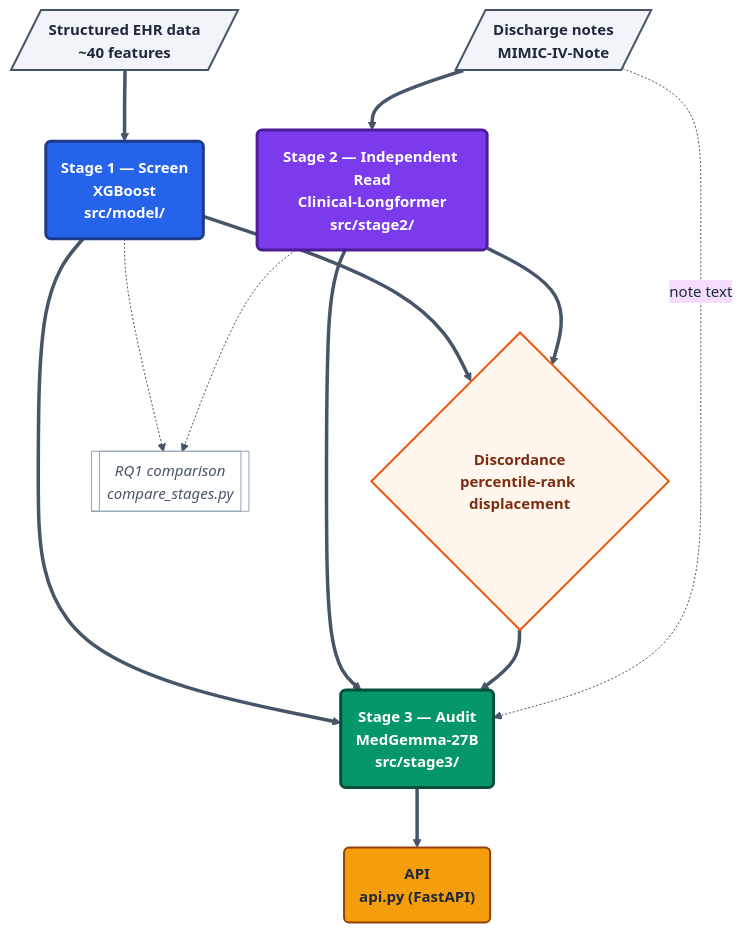
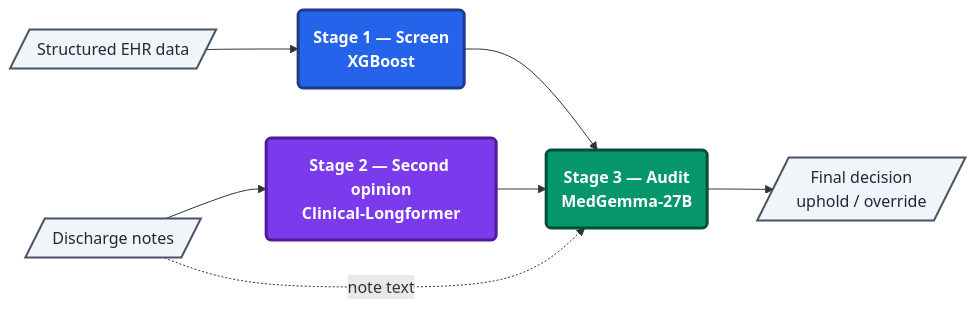
Before and after one commit to ThesisNovaSBE/three-layer-readmission-audit: the diagram in README.md, drawn with Mermaid. The commit also changed other lines of this file and 1 other file, not shown here.

First line of the commit message:
docs(readme): separate research logic from pipeline diagram; fix validation SLURM script

````diff
--- a/README.md
+++ b/README.md
@@ -25,38 +231,14 @@
 ```mermaid
-%%{init: {"theme": "base", "themeVariables": {"fontFamily": "Georgia, \"Times New Roman\", serif", "fontSize": "15px", "lineColor": "#475569", "primaryTextColor": "#1e293b"}, "flowchart": {"nodeSpacing": 45, "rankSpacing": 60, "curve": "basis"}}}%%
-flowchart TD
-    STRUCT[/"Structured EHR data<br/>~40 features"/]:::input
-    NOTE[/"Discharge notes<br/>MIMIC-IV-Note"/]:::input
+flowchart LR
+    STRUCT[/"Structured EHR data"/]:::input --> S1("Stage 1 — Screen<br/>XGBoost"):::s1
+    NOTE[/"Discharge notes"/]:::input --> S2("Stage 2 — Second opinion<br/>Clinical-Longformer"):::s2
+    S1 --> S3("Stage 3 — Audit<br/>MedGemma-27B"):::s3
+    S2 --> S3
+    NOTE -.->|note text| S3
+    S3 --> OUT[/"Final decision<br/>uphold / override"/]:::input
 
-    S1("Stage 1 — Screen<br/>XGBoost<br/>src/model/"):::s1
-    S2("Stage 2 — Independent Read<br/>Clinical-Longformer<br/>src/stage2/"):::s2
-
-    DISC{"Discordance<br/>percentile-rank displacement"}:::calc
-
-    S3("Stage 3 — Audit<br/>MedGemma-27B<br/>src/stage3/"):::s3
-
-    API("API<br/>api.py (FastAPI)"):::serve
-    RQ1[["RQ1 comparison<br/>compare_stages.py"]]:::eval
-
-    STRUCT ==> S1
-    NOTE ==> S2
-
-    S1 ==> DISC
-    S2 ==> DISC
-    S1 ==> S3
-    S2 ==> S3
-    DISC ==> S3
-    NOTE -.->|note text| S3
-    S3 ==> API
-
-    S1 -.-> RQ1
-    S2 -.-> RQ1
-
-    classDef input fill:#f1f5f9,stroke:#475569,stroke-width:2px,color:#1e293b,font-weight:600
+    classDef input fill:#f1f5f9,stroke:#475569,stroke-width:2px,color:#1e293b
     classDef s1 fill:#2563eb,stroke:#1e3a8a,stroke-width:3px,color:#ffffff,font-weight:700
     classDef s2 fill:#7c3aed,stroke:#4c1d95,stroke-width:3px,color:#ffffff,font-weight:700
     classDef s3 fill:#059669,stroke:#064e3b,stroke-width:3px,color:#ffffff,font-weight:700
-    classDef calc fill:#fff7ed,stroke:#ea580c,stroke-width:2px,color:#7c2d12,font-weight:600
-    classDef serve fill:#f59e0b,stroke:#92400e,stroke-width:2px,color:#1e293b,font-weight:700
-    classDef eval fill:#ffffff,stroke:#94a3b8,stroke-width:1px,color:#475569,font-style:italic
 ```
````
